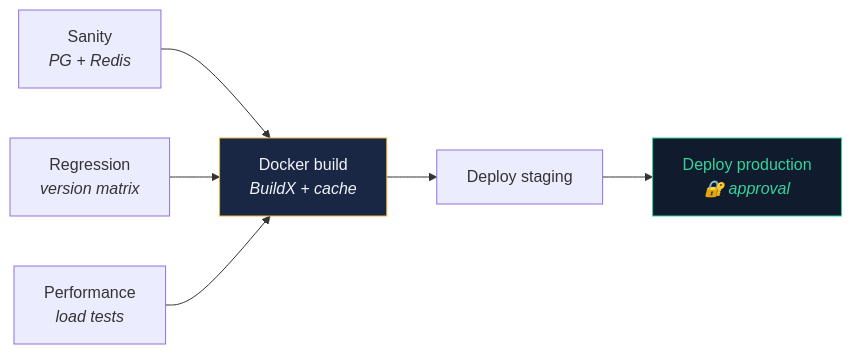
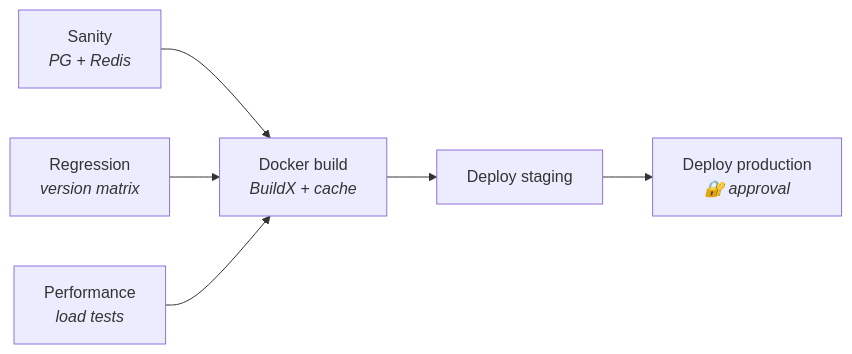
The second of 3 diagrams in docs/03-reusable-workflows.md (mruthyunjaya-lakkappanavar/gha-reusable-workflows-docs), drawn with Mermaid before and after one commit. The commit also changed other lines of this file and 4 other files, not shown here.

Commit message:
Remove hardcoded dark styles from Mermaid diagrams for light/dark mode support

````diff
--- a/docs/03-reusable-workflows.md
+++ b/docs/03-reusable-workflows.md
@@ -158,14 +153,11 @@
 ```mermaid
 flowchart LR
     A["Sanity<br/><em>PG + Redis</em>"]
     B["Regression<br/><em>version matrix</em>"]
     C["Performance<br/><em>load tests</em>"]
     D["Docker build<br/><em>BuildX + cache</em>"]
     E["Deploy staging"]
     F["Deploy production<br/><em>🔐 approval</em>"]
 
     A & B & C --> D --> E --> F
-
-    style D fill:#1a2744,stroke:#e5b83a,color:#f0f4f8
-    style F fill:#111b2e,stroke:#34d399,color:#34d399
 ```
````
